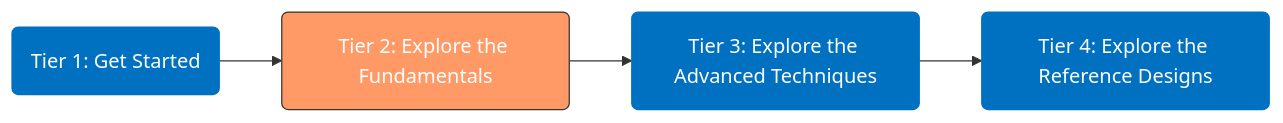
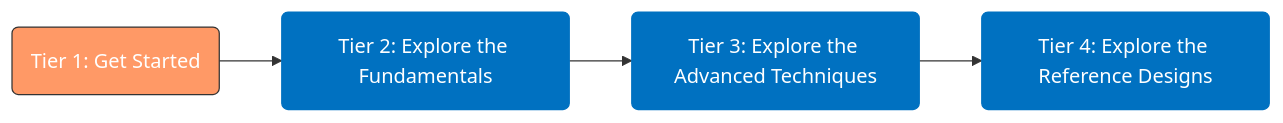
Before and after one commit to oneapi-src/oneAPI-samples: the diagram in DirectProgramming/C++SYCL_FPGA/Tutorials/Features/hls_flow_interfaces/component_interfaces_comparison/README.md, drawn with Mermaid. The commit also changed other lines of this file and 2 other files, not shown here.

Commit message:
move interfaces_comparison to Tier 1 (Getting Started)

````diff
--- a/DirectProgramming/C++SYCL_FPGA/Tutorials/Features/hls_flow_interfaces/component_interfaces_comparison/README.md
+++ b/DirectProgramming/C++SYCL_FPGA/Tutorials/Features/hls_flow_interfaces/component_interfaces_comparison/README.md
@@ -31,14 +30,14 @@
 ```mermaid
 flowchart LR
    tier1("Tier 1: Get Started")
    tier2("Tier 2: Explore the Fundamentals")
    tier3("Tier 3: Explore the Advanced Techniques")
    tier4("Tier 4: Explore the Reference Designs")
 
    tier1 --> tier2 --> tier3 --> tier4
 
-   style tier1 fill:#0071c1,stroke:#0071c1,stroke-width:1px,color:#fff
-   style tier2 fill:#f96,stroke:#333,stroke-width:1px,color:#fff
+   style tier1 fill:#f96,stroke:#333,stroke-width:1px,color:#fff
+   style tier2 fill:#0071c1,stroke:#0071c1,stroke-width:1px,color:#fff
    style tier3 fill:#0071c1,stroke:#0071c1,stroke-width:1px,color:#fff
    style tier4 fill:#0071c1,stroke:#0071c1,stroke-width:1px,color:#fff
 ```
````
